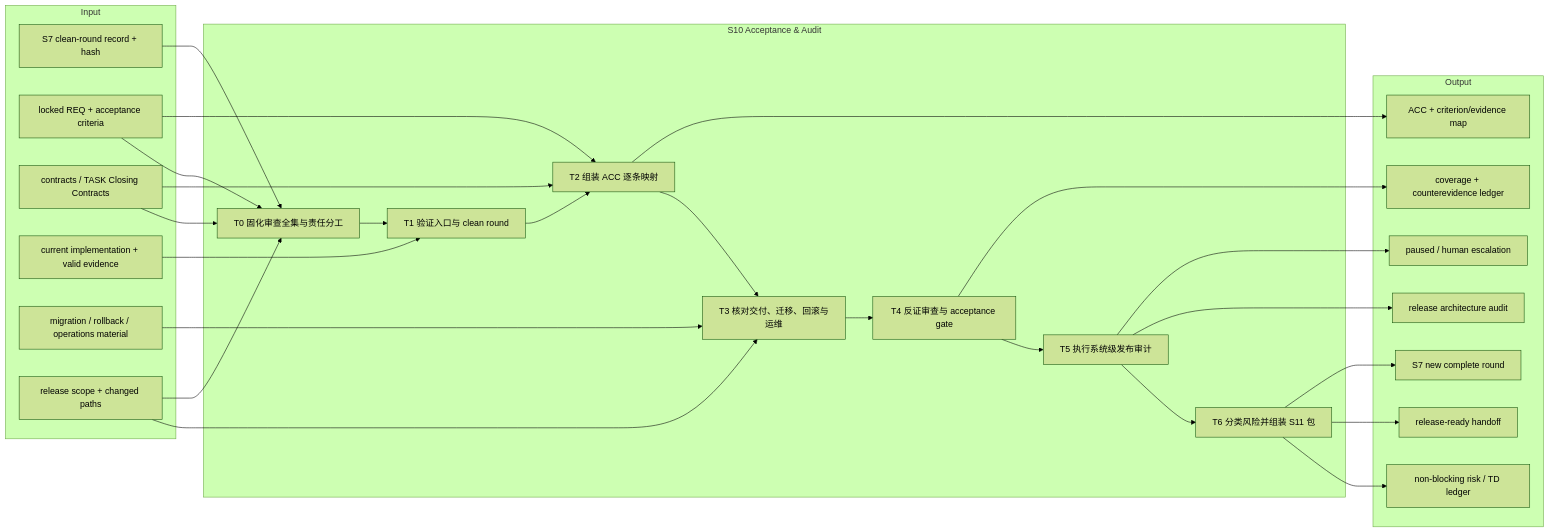
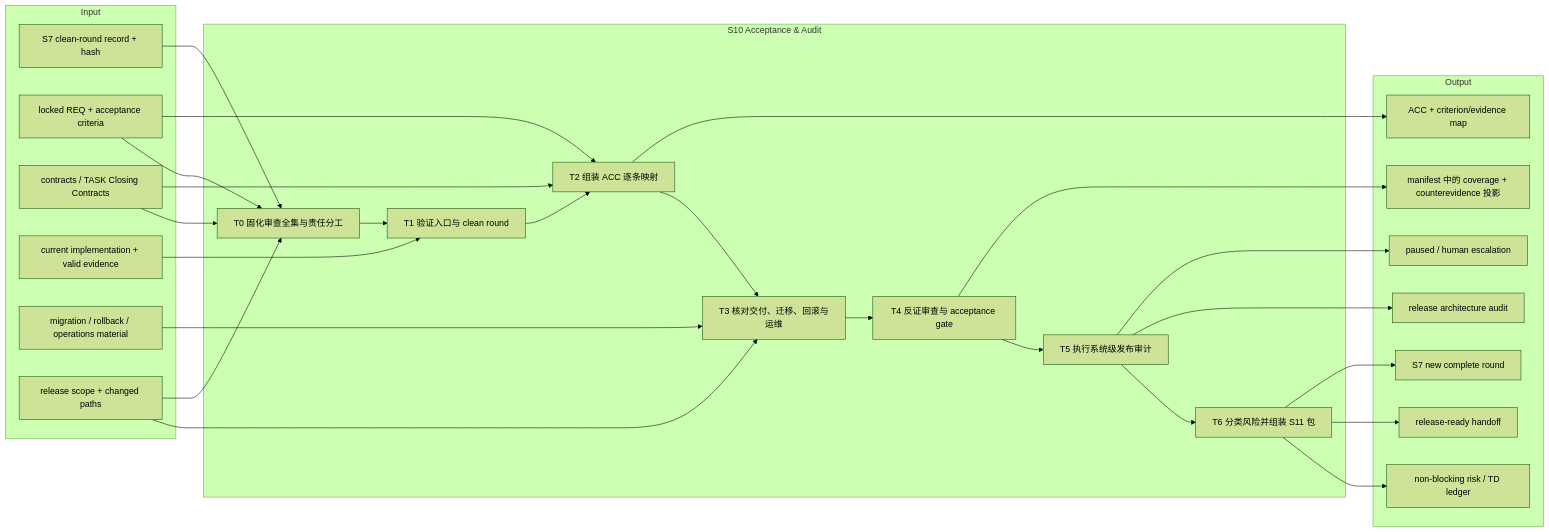
Before and after one commit to Sebs-Lee/go-system-builder: the first of 2 diagrams in blueprint/l3-stages/L3-S10-acceptance-audit.md, drawn with Mermaid (forest theme). The commit also changed other lines of this file and 969 other files, not shown here.

````diff
--- a/blueprint/l3-stages/L3-S10-acceptance-audit.md
+++ b/blueprint/l3-stages/L3-S10-acceptance-audit.md
@@ -77,47 +104,47 @@
 ```mermaid
 flowchart LR
     subgraph INPUT["Input"]
         I1["S7 clean-round record + hash"]
         I2["locked REQ + acceptance criteria"]
         I3["contracts / TASK Closing Contracts"]
         I4["current implementation + valid evidence"]
         I5["migration / rollback / operations material"]
         I6["release scope + changed paths"]
     end
 
     subgraph S10["S10 Acceptance & Audit"]
         T0["T0 固化审查全集与责任分工"] --> T1["T1 验证入口与 clean round"]
         T1 --> T2["T2 组装 ACC 逐条映射"]
         T2 --> T3["T3 核对交付、迁移、回滚与运维"]
         T3 --> T4["T4 反证审查与 acceptance gate"]
         T4 --> T5["T5 执行系统级发布审计"]
         T5 --> T6["T6 分类风险并组装 S11 包"]
     end
 
     subgraph OUTPUT["Output"]
         O1["ACC + criterion/evidence map"]
         O2["release architecture audit"]
         O3["non-blocking risk / TD ledger"]
         O4["release-ready handoff"]
         O5["S7 new complete round"]
         O6["paused / human escalation"]
-        O7["coverage + counterevidence ledger"]
+        O7["manifest 中的 coverage + counterevidence 投影"]
     end
 
     I1 --> T0
     I2 --> T0
     I3 --> T0
     I4 --> T1
     I2 --> T2
     I3 --> T2
     I5 --> T3
     I6 --> T3
     I6 --> T0
     T2 --> O1
     T4 --> O7
     T5 --> O2
     T6 --> O3
     T6 --> O4
     T6 --> O5
     T5 --> O6
 ```
````
